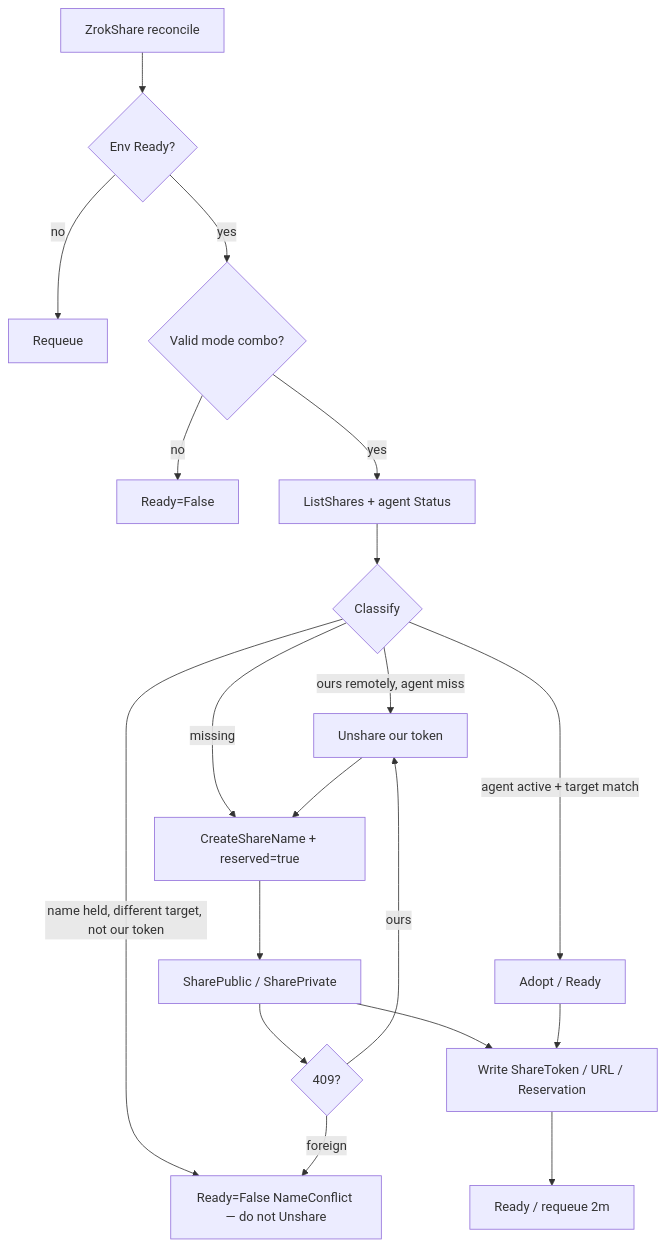
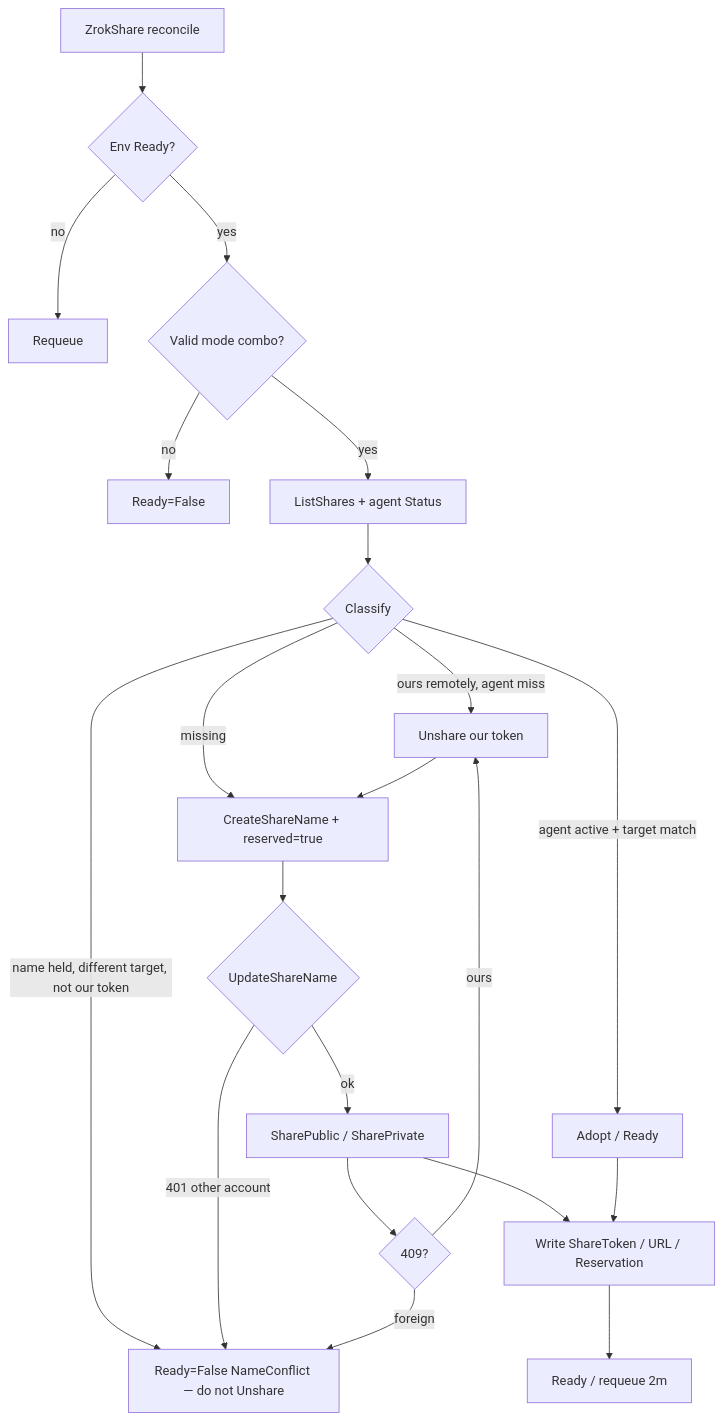
Before and after one commit to vulkoingim/zrok-operator: the diagram in .memory-bank/areas/share-lifecycle.md, drawn with Mermaid. The commit also changed other lines of this file and 30 other files, not shown here.

````diff
--- a/.memory-bank/areas/share-lifecycle.md
+++ b/.memory-bank/areas/share-lifecycle.md
@@ -13,21 +13,23 @@
 ```mermaid
 flowchart TD
   start[ZrokShare reconcile] --> envReady{Env Ready?}
   envReady -->|no| wait[Requeue]
   envReady -->|yes| validate{Valid mode combo?}
   validate -->|no| fail[Ready=False]
   validate -->|yes| inv[ListShares + agent Status]
   inv --> cls{Classify}
   cls -->|name held, different target, not our token| conflict[Ready=False NameConflict — do not Unshare]
   cls -->|agent active + target match| ready[Adopt / Ready]
   cls -->|ours remotely, agent miss| rebind[Unshare our token]
   cls -->|missing| reserve[CreateShareName + reserved=true]
   rebind --> reserve
-  reserve --> create[SharePublic / SharePrivate]
+  reserve --> promote{UpdateShareName}
+  promote -->|401 other account| conflict
+  promote -->|ok| create[SharePublic / SharePrivate]
   create --> conflict409{409?}
   conflict409 -->|ours| rebind
   conflict409 -->|foreign| conflict
   create --> status[Write ShareToken / URL / Reservation]
   ready --> status
   status --> poll[Ready / requeue 2m]
 ```
````
